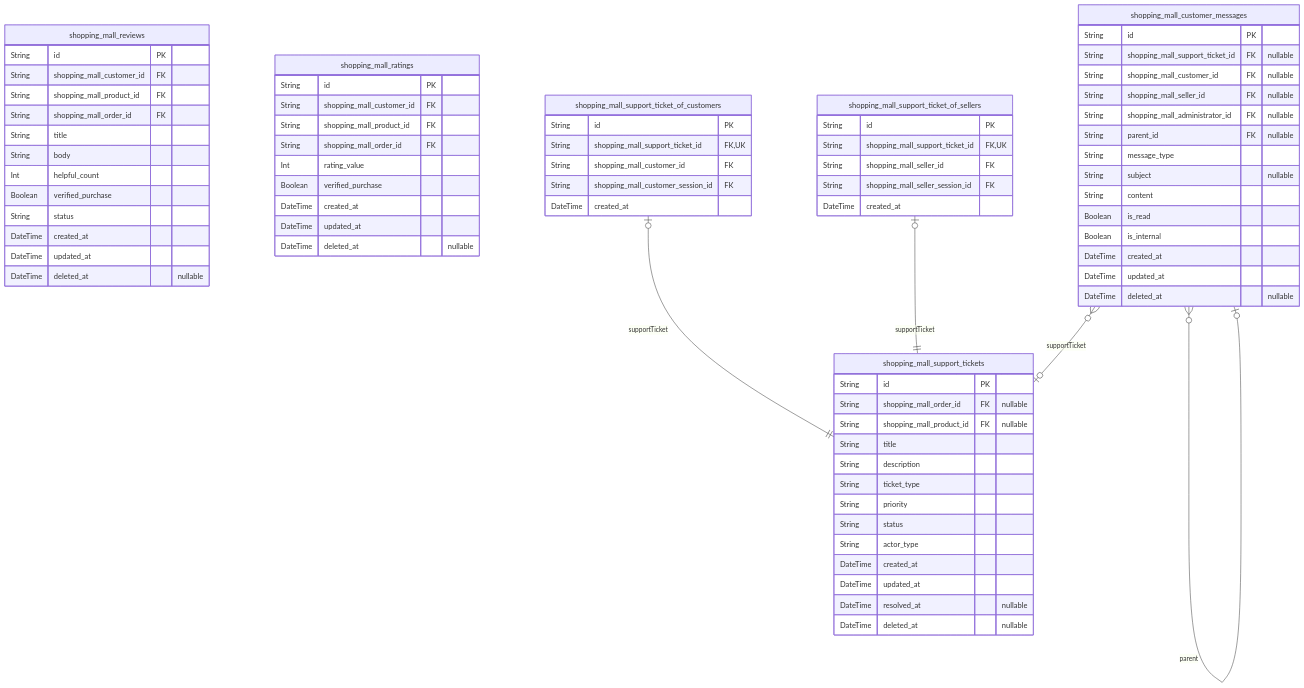
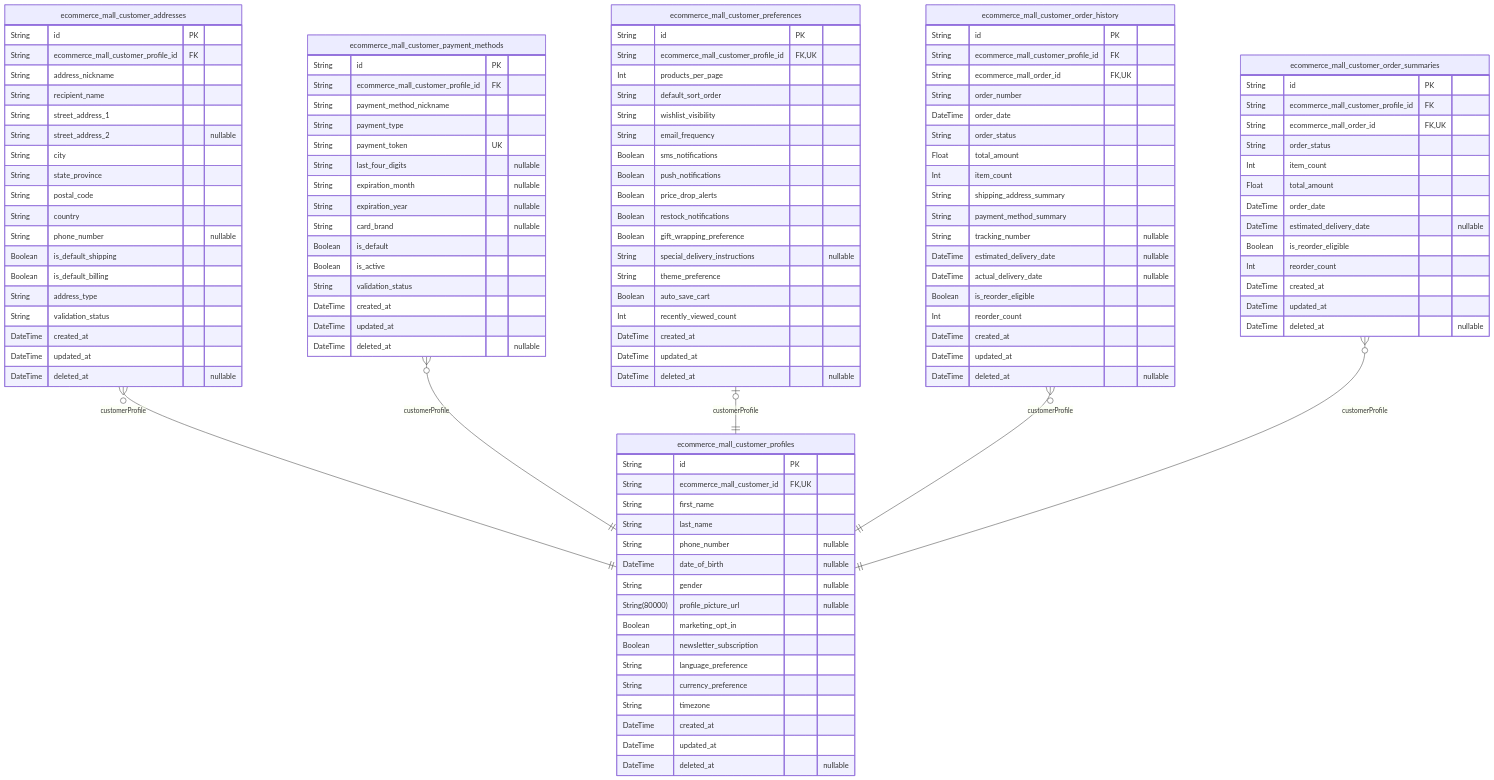
Before and after one commit to wrtnlabs/autobe-examples: the eighth of 10 diagrams in deepseek/deepseek-v3.1-terminus-exacto/shopping/docs/ERD.md, drawn with Mermaid. The commit also changed other lines of this file and 22498 other files, not shown here.

````diff
--- a/deepseek/deepseek-v3.1-terminus-exacto/shopping/docs/ERD.md
+++ b/deepseek/deepseek-v3.1-terminus-exacto/shopping/docs/ERD.md
@@ -1176,77 +2119,118 @@
 ```mermaid
 erDiagram
-"shopping_mall_reviews" {
+"ecommerce_mall_customer_profiles" {
   String id PK
-  String shopping_mall_customer_id FK
-  String shopping_mall_product_id FK
-  String shopping_mall_order_id FK
-  String title
-  String body
-  Int helpful_count
-  Boolean verified_purchase
-  String status
+  String ecommerce_mall_customer_id FK,UK
+  String first_name
+  String last_name
+  String phone_number "nullable"
+  DateTime date_of_birth "nullable"
+  String gender "nullable"
+  String(80000) profile_picture_url "nullable"
+  Boolean marketing_opt_in
+  Boolean newsletter_subscription
+  String language_preference
+  String currency_preference
+  String timezone
   DateTime created_at
   DateTime updated_at
   DateTime deleted_at "nullable"
 }
-"shopping_mall_ratings" {
+"ecommerce_mall_customer_addresses" {
   String id PK
-  String shopping_mall_customer_id FK
-  String shopping_mall_product_id FK
-  String shopping_mall_order_id FK
-  Int rating_value
-  Boolean verified_purchase
+  String ecommerce_mall_customer_profile_id FK
+  String address_nickname
+  String recipient_name
+  String street_address_1
+  String street_address_2 "nullable"
+  String city
+  String state_province
+  String postal_code
+  String country
+  String phone_number "nullable"
+  Boolean is_default_shipping
+  Boolean is_default_billing
+  String address_type
+  String validation_status
   DateTime created_at
   DateTime updated_at
   DateTime deleted_at "nullable"
 }
-"shopping_mall_support_tickets" {
+"ecommerce_mall_customer_payment_methods" {
   String id PK
-  String shopping_mall_order_id FK "nullable"
-  String shopping_mall_product_id FK "nullable"
-  String title
-  String description
-  String ticket_type
-  String priority
-  String status
-  String actor_type
-  DateTime created_at
-  DateTime updated_at
-  DateTime resolved_at "nullable"
-  DateTime deleted_at "nullable"
-}
-"shopping_mall_support_ticket_of_customers" {
-  String id PK
-  String shopping_mall_support_ticket_id FK,UK
-  String shopping_mall_customer_id FK
-  String shopping_mall_customer_session_id FK
-  DateTime created_at
-}
-"shopping_mall_support_ticket_of_sellers" {
-  String id PK
-  String shopping_mall_support_ticket_id FK,UK
-  String shopping_mall_seller_id FK
-  String shopping_mall_seller_session_id FK
-  DateTime created_at
-}
-"shopping_mall_customer_messages" {
-  String id PK
-  String shopping_mall_support_ticket_id FK "nullable"
-  String shopping_mall_customer_id FK "nullable"
-  String shopping_mall_seller_id FK "nullable"
-  String shopping_mall_administrator_id FK "nullable"
-  String parent_id FK "nullable"
-  String message_type
-  String subject "nullable"
-  String content
-  Boolean is_read
-  Boolean is_internal
+  String ecommerce_mall_customer_profile_id FK
+  String payment_method_nickname
+  String payment_type
+  String payment_token UK
+  String last_four_digits "nullable"
+  String expiration_month "nullable"
+  String expiration_year "nullable"
+  String card_brand "nullable"
+  Boolean is_default
+  Boolean is_active
+  String validation_status
   DateTime created_at
   DateTime updated_at
   DateTime deleted_at "nullable"
 }
-"shopping_mall_support_ticket_of_customers" |o--|| "shopping_mall_support_tickets" : supportTicket
-"shopping_mall_support_ticket_of_sellers" |o--|| "shopping_mall_support_tickets" : supportTicket
-"shopping_mall_customer_messages" }o--o| "shopping_mall_support_tickets" : supportTicket
-"shopping_mall_customer_messages" }o--o| "shopping_mall_customer_messages" : parent
+"ecommerce_mall_customer_preferences" {
+  String id PK
+  String ecommerce_mall_customer_profile_id FK,UK
+  Int products_per_page
+  String default_sort_order
+  String wishlist_visibility
+  String email_frequency
+  Boolean sms_notifications
+  Boolean push_notifications
+  Boolean price_drop_alerts
+  Boolean restock_notifications
+  Boolean gift_wrapping_preference
+  String special_delivery_instructions "nullable"
+  String theme_preference
+  Boolean auto_save_cart
+  Int recently_viewed_count
+  DateTime created_at
+  DateTime updated_at
+  DateTime deleted_at "nullable"
+}
+"ecommerce_mall_customer_order_history" {
+  String id PK
+  String ecommerce_mall_customer_profile_id FK
+  String ecommerce_mall_order_id FK,UK
+  String order_number
+  DateTime order_date
+  String order_status
+  Float total_amount
+  Int item_count
+  String shipping_address_summary
+  String payment_method_summary
+  String tracking_number "nullable"
+  DateTime estimated_delivery_date "nullable"
+  DateTime actual_delivery_date "nullable"
+  Boolean is_reorder_eligible
+  Int reorder_count
+  DateTime created_at
+  DateTime updated_at
+  DateTime deleted_at "nullable"
+}
+"ecommerce_mall_customer_order_summaries" {
+  String id PK
+  String ecommerce_mall_customer_profile_id FK
+  String ecommerce_mall_order_id FK,UK
+  String order_status
+  Int item_count
+  Float total_amount
+  DateTime order_date
+  DateTime estimated_delivery_date "nullable"
+  Boolean is_reorder_eligible
+  Int reorder_count
+  DateTime created_at
+  DateTime updated_at
+  DateTime deleted_at "nullable"
+}
+"ecommerce_mall_customer_addresses" }o--|| "ecommerce_mall_customer_profiles" : customerProfile
+"ecommerce_mall_customer_payment_methods" }o--|| "ecommerce_mall_customer_profiles" : customerProfile
+"ecommerce_mall_customer_preferences" |o--|| "ecommerce_mall_customer_profiles" : customerProfile
+"ecommerce_mall_customer_order_history" }o--|| "ecommerce_mall_customer_profiles" : customerProfile
+"ecommerce_mall_customer_order_summaries" }o--|| "ecommerce_mall_customer_profiles" : customerProfile
 ```
````
